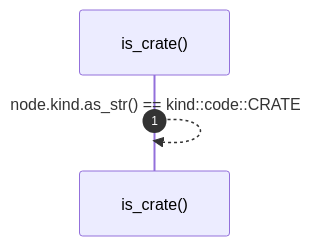
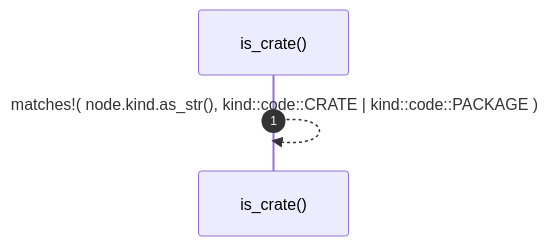
Before and after one commit to RyanGuild/self-describing-code: the diagram in docs/self-model/robby_render/tree/is-crate.md, drawn with Mermaid. The commit also changed other lines of this file and 1404 other files, not shown here.

````diff
--- a/docs/self-model/robby_render/tree/is-crate.md
+++ b/docs/self-model/robby_render/tree/is-crate.md
@@ -18,6 +21,6 @@
 ```mermaid
 sequenceDiagram
     autonumber
     participant is_crate as is_crate()
-    is_crate-->>is_crate: node.kind.as_str() == kind::code::CRATE
+    is_crate-->>is_crate: matches!( node.kind.as_str(), kind::code::CRATE | kind::code::PACKAGE )
 ```
````
